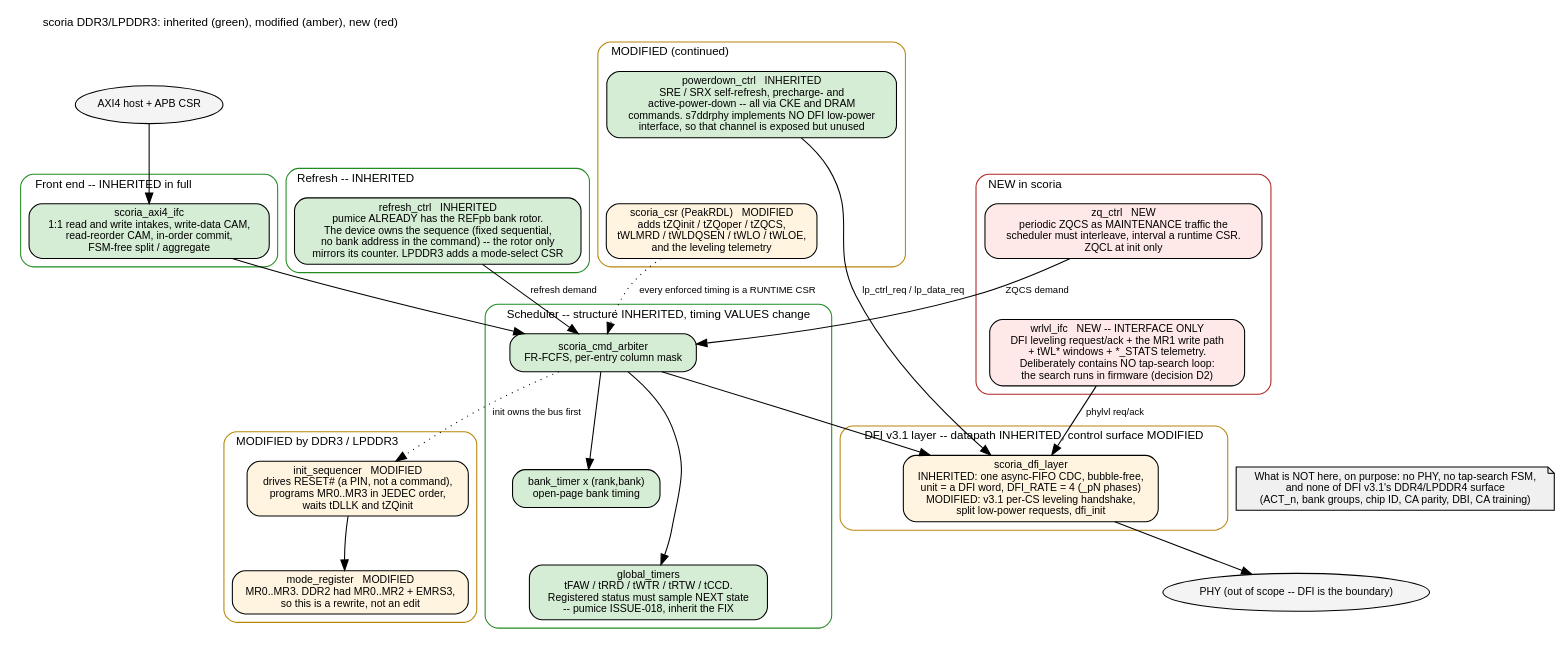
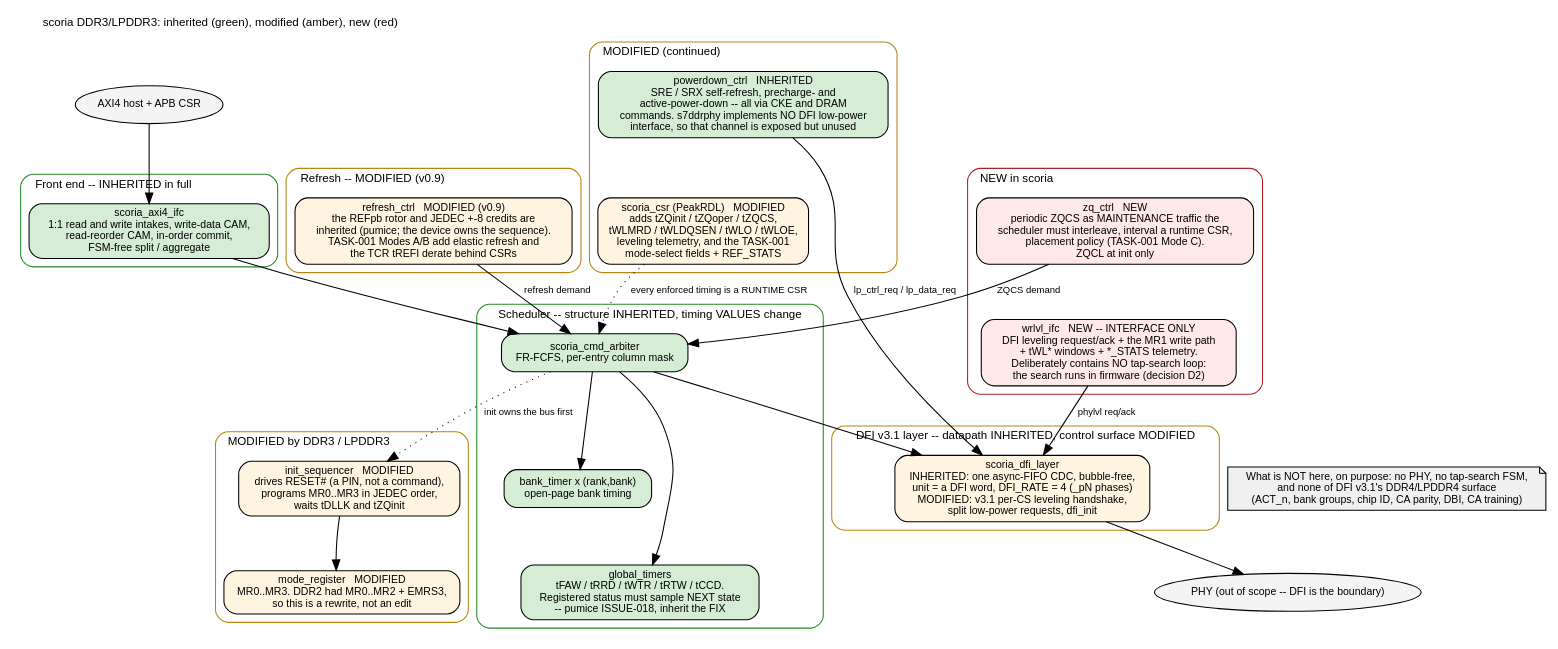
One commit to sean-galloway/RTLDesignSherpa changed the diagram in projects/components/mem-ctrl-ip/scoria-ddr3-lpddr3/docs/scoria_has/assets/graphviz/01_block_diagram.dot. Above: the diagram before and after it, drawn with Graphviz. The commit also changed 10 other files, not shown here.

Commit message:
docs(scoria): HAS v0.9 -- TASK-001 advanced modes (A/B/C) specified in Ch 2/3/5

```diff
--- a/projects/components/mem-ctrl-ip/scoria-ddr3-lpddr3/docs/scoria_has/assets/graphviz/01_block_diagram.dot
+++ b/projects/components/mem-ctrl-ip/scoria-ddr3-lpddr3/docs/scoria_has/assets/graphviz/01_block_diagram.dot
@@ -1,73 +1,73 @@
 // scoria top-level, every block marked against pumice.
 // Green = inherited unchanged. Amber = modified. Red = new.
 digraph scoria_blocks {
     graph [rankdir=TB, fontname="Helvetica", fontsize=11, nodesep=0.3, ranksep=0.55,
            label="scoria DDR3/LPDDR3: inherited (green), modified (amber), new (red)", labelloc=t, labeljust=l];
     node  [fontname="Helvetica", fontsize=10, shape=box, style="rounded,filled"];
     edge  [fontname="Helvetica", fontsize=9];
 
     host [label="AXI4 host + APB CSR", shape=ellipse, fillcolor="#f4f4f4"];
 
     subgraph cluster_fe {
         label="Front end -- INHERITED in full"; style="rounded"; color="#228B22";
         axi [label="scoria_axi4_ifc\n1:1 read and write intakes, write-data CAM,\nread-reorder CAM, in-order commit,\nFSM-free split / aggregate", fillcolor="#d5ecd5"];
     }
 
     subgraph cluster_sched {
         label="Scheduler -- structure INHERITED, timing VALUES change"; style="rounded"; color="#228B22";
         arb  [label="scoria_cmd_arbiter\nFR-FCFS, per-entry column mask", fillcolor="#d5ecd5"];
         bt   [label="bank_timer x (rank,bank)\nopen-page bank timing", fillcolor="#d5ecd5"];
         gt   [label="global_timers\ntFAW / tRRD / tWTR / tRTW / tCCD.\nRegistered status must sample NEXT state\n-- pumice ISSUE-018, inherit the FIX", fillcolor="#d5ecd5"];
         arb -> bt; arb -> gt;
     }
 
     subgraph cluster_mod {
         label="MODIFIED by DDR3 / LPDDR3"; style="rounded"; color="#B8860B";
         init [label="init_sequencer   MODIFIED\ndrives RESET# (a PIN, not a command),\nprograms MR0..MR3 in JEDEC order,\nwaits tDLLK and tZQinit", fillcolor="#fff4e0"];
         mr   [label="mode_register   MODIFIED\nMR0..MR3. DDR2 had MR0..MR2 + EMRS3,\nso this is a rewrite, not an edit", fillcolor="#fff4e0"];
     }
     subgraph cluster_ref {
-        label="Refresh -- INHERITED"; style="rounded"; color="#228B22";
-        ref  [label="refresh_ctrl   INHERITED\npumice ALREADY has the REFpb bank rotor.\nThe device owns the sequence (fixed sequential,\nno bank address in the command) -- the rotor only\nmirrors its counter. LPDDR3 adds a mode-select CSR", fillcolor="#d5ecd5"];
+        label="Refresh -- MODIFIED (v0.9)"; style="rounded"; color="#B8860B";
+        ref  [label="refresh_ctrl   MODIFIED (v0.9)\nthe REFpb rotor and JEDEC +-8 credits are\ninherited (pumice; the device owns the sequence).\nTASK-001 Modes A/B add elastic refresh and\nthe TCR tREFI derate behind CSRs", fillcolor="#fff4e0"];
     }
     subgraph cluster_mod2 {
         label="MODIFIED (continued)"; style="rounded"; color="#B8860B";
         pd   [label="powerdown_ctrl   INHERITED\nSRE / SRX self-refresh, precharge- and\nactive-power-down -- all via CKE and DRAM\ncommands. s7ddrphy implements NO DFI low-power\ninterface, so that channel is exposed but unused", fillcolor="#d5ecd5"];
-        csr  [label="scoria_csr (PeakRDL)   MODIFIED\nadds tZQinit / tZQoper / tZQCS,\ntWLMRD / tWLDQSEN / tWLO / tWLOE,\nand the leveling telemetry", fillcolor="#fff4e0"];
+        csr  [label="scoria_csr (PeakRDL)   MODIFIED\nadds tZQinit / tZQoper / tZQCS,\ntWLMRD / tWLDQSEN / tWLO / tWLOE,\nleveling telemetry, and the TASK-001\nmode-select fields + REF_STATS", fillcolor="#fff4e0"];
     }
 
     subgraph cluster_new {
         label="NEW in scoria"; style="rounded"; color="#B22222";
-        zq   [label="zq_ctrl   NEW\nperiodic ZQCS as MAINTENANCE traffic the\nscheduler must interleave, interval a runtime CSR.\nZQCL at init only", fillcolor="#ffe8e8"];
+        zq   [label="zq_ctrl   NEW\nperiodic ZQCS as MAINTENANCE traffic the\nscheduler must interleave, interval a runtime CSR,\nplacement policy (TASK-001 Mode C).\nZQCL at init only", fillcolor="#ffe8e8"];
         wl   [label="wrlvl_ifc   NEW -- INTERFACE ONLY\nDFI leveling request/ack + the MR1 write path\n+ tWL* windows + *_STATS telemetry.\nDeliberately contains NO tap-search loop:\nthe search runs in firmware (decision D2)", fillcolor="#ffe8e8"];
     }
 
     subgraph cluster_dfi {
         label="DFI v3.1 layer -- datapath INHERITED, control surface MODIFIED"; style="rounded"; color="#B8860B";
         dfi [label="scoria_dfi_layer\nINHERITED: one async-FIFO CDC, bubble-free,\nunit = a DFI word, DFI_RATE = 4 (_pN phases)\nMODIFIED: v3.1 per-CS leveling handshake,\nsplit low-power requests, dfi_init", fillcolor="#fff4e0"];
     }
 
     phy [label="PHY (out of scope -- DFI is the boundary)", shape=ellipse, fillcolor="#f4f4f4"];
 
     host -> axi; axi -> arb;
     arb -> init [style=dotted, label="init owns the bus first"];
     init -> mr;
     ref -> arb [label="refresh demand"];
     zq  -> arb [label="ZQCS demand"];
     pd  -> dfi [label="lp_ctrl_req / lp_data_req"];
     wl  -> dfi [label="phylvl req/ack"];
     csr -> arb [style=dotted, label="every enforced timing is a RUNTIME CSR"];
     arb -> dfi; dfi -> phy;
 
     // Layout only. Five modified blocks and two new ones placed side by side
     // render 4.2:1, which the page scaler squashes to a sliver -- see
     // vault/handbook/authoring/spec-doc-standards.md. Stack them instead.
     init -> mr [style=invis]; mr -> ref [style=invis]; ref -> pd [style=invis];
     pd -> csr [style=invis];
     csr -> zq [style=invis];
     zq -> wl [style=invis];
     bt -> gt [style=invis];
 
     note [label="What is NOT here, on purpose: no PHY, no tap-search FSM,\nand none of DFI v3.1's DDR4/LPDDR4 surface\n(ACT_n, bank groups, chip ID, CA parity, DBI, CA training)", shape=note, fillcolor="#f0f0f0"];
     note -> phy [style=invis];
 }
```
